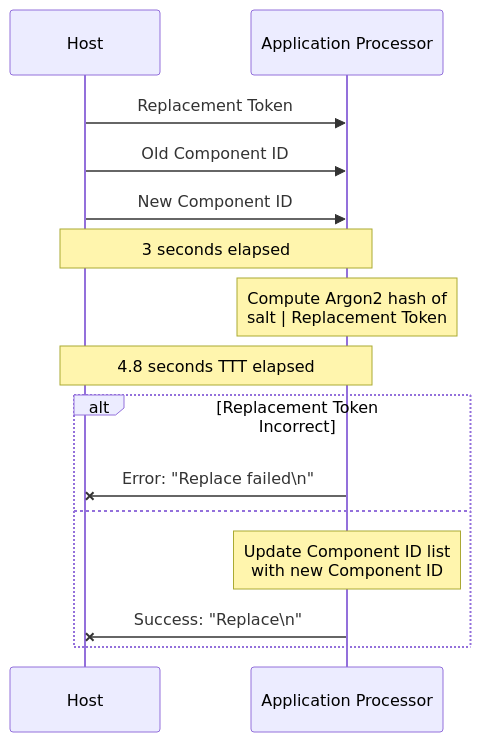
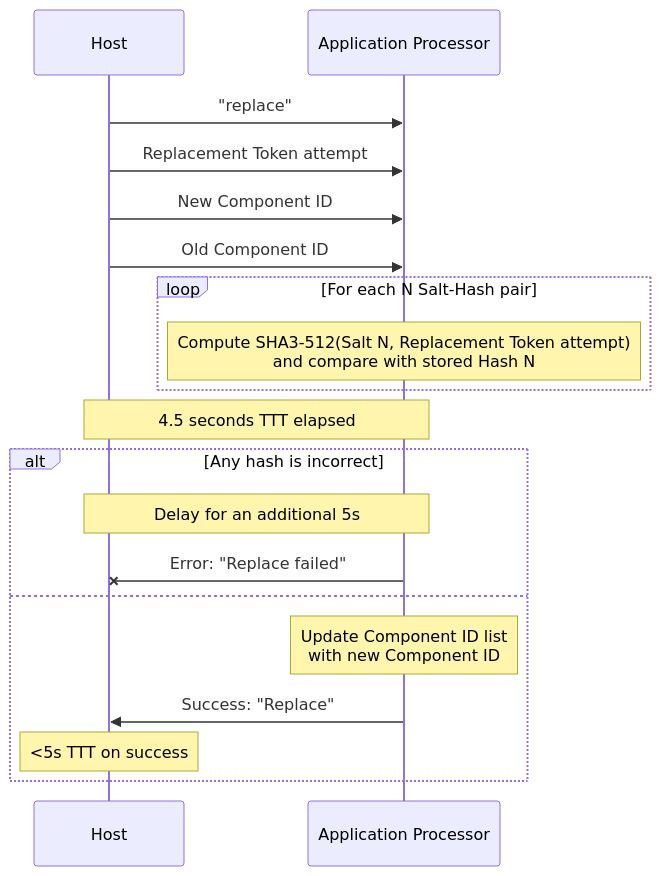
The third of 4 diagrams in docs/misc_protocol.md (sigpwny/2024-ectf-uiuc), drawn with Mermaid before and after one commit. The commit also changed other lines of this file and 6 other files, not shown here.

````diff
--- a/docs/misc_protocol.md
+++ b/docs/misc_protocol.md
@@ -133,18 +139,22 @@
-```mermaid
+```{.mermaid loc=img caption="Replace components protocol"}
 sequenceDiagram
   participant H as Host
   participant AP as Application Processor
-  H ->> AP: Replacement Token
+  H ->> AP: "replace"
+  H ->> AP: Replacement Token attempt
+  H ->> AP: New Component ID
   H ->> AP: Old Component ID
-  H ->> AP: New Component ID
-  Note over H, AP: 3 seconds elapsed
-  Note over AP: Compute Argon2 hash of <br/> salt | Replacement Token
-  Note over H, AP: 4.8 seconds TTT elapsed
-  alt Replacement Token Incorrect
-  AP -x H: Error: "Replace failed\n"
+  loop For each N Salt-Hash pair
+    Note over AP: Compute SHA3-512(Salt N, Replacement Token attempt) <br />and compare with stored Hash N
+  end
+  Note over H, AP: 4.5 seconds TTT elapsed
+  alt Any hash is incorrect
+    Note over H, AP: Delay for an additional 5s
+  AP -x H: Error: "Replace failed"
   else
-     Note over AP: Update Component ID list <br/>with new Component ID
-  AP -x H: Success: "Replace\n"
+    Note over AP: Update Component ID list <br/>with new Component ID
+  AP ->> H: Success: "Replace"
+  Note over H: <5s TTT on success
   end
 
 ```
````
